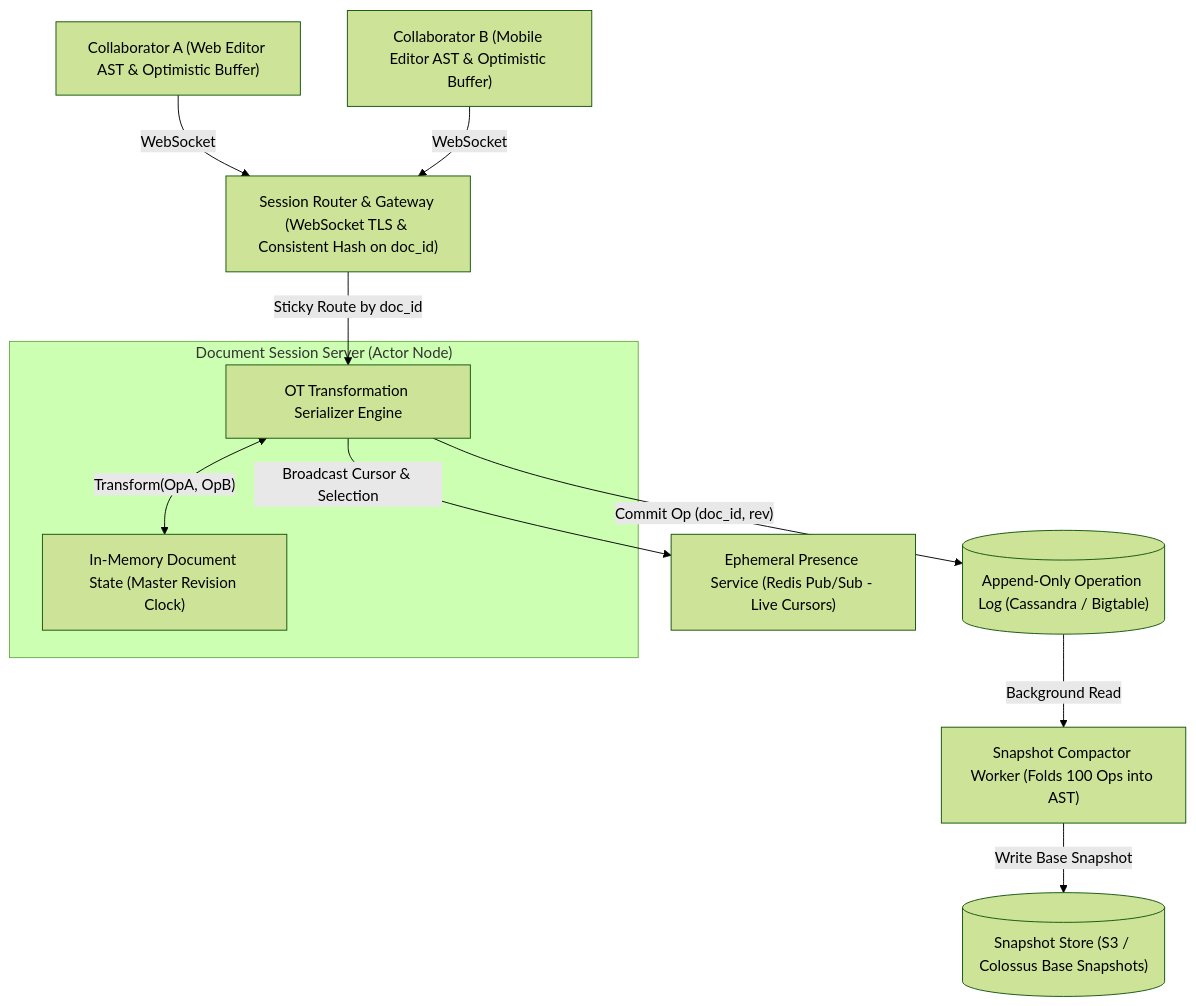
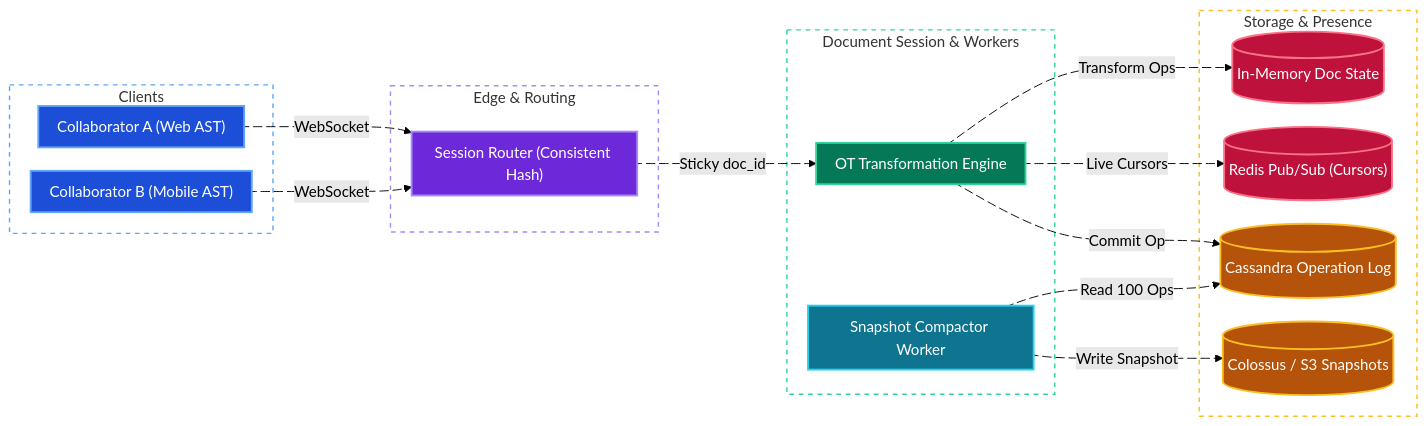
One commit to tarunbatta/tech-interview-prep changed the first of 4 diagrams in system-design/google-docs.md. Above: the diagram before and after it, drawn with Mermaid (forest theme). The commit also changed other lines of this file and 30 other files, not shown here.

First line of the commit message:
docs(system-design): convert Mermaid flowcharts to LR with colors and animated edges

````diff
--- a/system-design/google-docs.md
+++ b/system-design/google-docs.md
@@ -67,22 +67,57 @@
 ```mermaid
-flowchart TD
-    ClientA["Collaborator A (Web Editor AST & Optimistic Buffer)"]
-    ClientB["Collaborator B (Mobile Editor AST & Optimistic Buffer)"]
-    Router["Session Router & Gateway (WebSocket TLS & Consistent Hash on doc_id)"]
-    subgraph SessionServer["Document Session Server (Actor Node)"]
-        OTEngine["OT Transformation Serializer Engine"]
-        MemState["In-Memory Document State (Master Revision Clock)"]
-        OTEngine <-->|"Transform(OpA, OpB)"| MemState
+%%{init: {'flowchart': {'nodeSpacing': 25, 'rankSpacing': 45, 'padding': 10}}}%%
+flowchart LR
+    subgraph ClientTier["Clients"]
+        ClientA["Collaborator A (Web AST)"]
+        ClientB["Collaborator B (Mobile AST)"]
     end
-    OpLog[("Append-Only Operation Log (Cassandra / Bigtable)")]
-    Presence["Ephemeral Presence Service (Redis Pub/Sub - Live Cursors)"]
-    Compactor["Snapshot Compactor Worker (Folds 100 Ops into AST)"]
-    SnapStore[("Snapshot Store (S3 / Colossus Base Snapshots)")]
-    ClientA -->|"WebSocket"| Router
-    ClientB -->|"WebSocket"| Router
-    Router -->|"Sticky Route by doc_id"| OTEngine
-    OTEngine -->|"Commit Op (doc_id, rev)"| OpLog
-    OTEngine -->|"Broadcast Cursor & Selection"| Presence
-    OpLog -->|"Background Read"| Compactor
-    Compactor -->|"Write Base Snapshot"| SnapStore
+    subgraph EdgeTier["Edge & Routing"]
+        Router["Session Router (Consistent Hash)"]
+    end
+    subgraph SessionServer["Document Session & Workers"]
+        OTEngine["OT Transformation Engine"]
+        Compactor["Snapshot Compactor Worker"]
+    end
+    subgraph DataLayer["Storage & Presence"]
+        MemState[("In-Memory Doc State")]
+        Presence[("Redis Pub/Sub (Cursors)")]
+        OpLog[("Cassandra Operation Log")]
+        SnapStore[("Colossus / S3 Snapshots")]
+    end
+    ClientA e1@-->|"WebSocket"| Router
+    ClientB e2@-->|"WebSocket"| Router
+    Router e3@-->|"Sticky doc_id"| OTEngine
+    OTEngine e4@-->|"Transform Ops"| MemState
+    OTEngine e5@-->|"Commit Op"| OpLog
+    OTEngine e6@-->|"Live Cursors"| Presence
+    Compactor e7@-->|"Read 100 Ops"| OpLog
+    Compactor e8@-->|"Write Snapshot"| SnapStore
+
+    e1@{ animate: true }
+    e2@{ animate: true }
+    e3@{ animate: true }
+    e4@{ animate: true }
+    e5@{ animate: true }
+    e6@{ animate: true }
+    e7@{ animate: true }
+    e8@{ animate: true }
+
+    classDef client fill:#1d4ed8,stroke:#60a5fa,stroke-width:2px,color:#ffffff
+    classDef edge fill:#6d28d9,stroke:#a78bfa,stroke-width:2px,color:#ffffff
+    classDef service fill:#047857,stroke:#34d399,stroke-width:2px,color:#ffffff
+    classDef worker fill:#0e7490,stroke:#22d3ee,stroke-width:2px,color:#ffffff
+    classDef cache fill:#be123c,stroke:#fb7185,stroke-width:2px,color:#ffffff
+    classDef storage fill:#b45309,stroke:#fbbf24,stroke-width:2px,color:#ffffff
+
+    class ClientA,ClientB client
+    class Router edge
+    class OTEngine service
+    class Compactor worker
+    class MemState,Presence cache
+    class OpLog,SnapStore storage
+
+    style ClientTier fill:transparent,stroke:#60a5fa,stroke-width:1.5px,stroke-dasharray: 5 5
+    style EdgeTier fill:transparent,stroke:#a78bfa,stroke-width:1.5px,stroke-dasharray: 5 5
+    style SessionServer fill:transparent,stroke:#34d399,stroke-width:1.5px,stroke-dasharray: 5 5
+    style DataLayer fill:transparent,stroke:#fbbf24,stroke-width:1.5px,stroke-dasharray: 5 5
 ```
````
